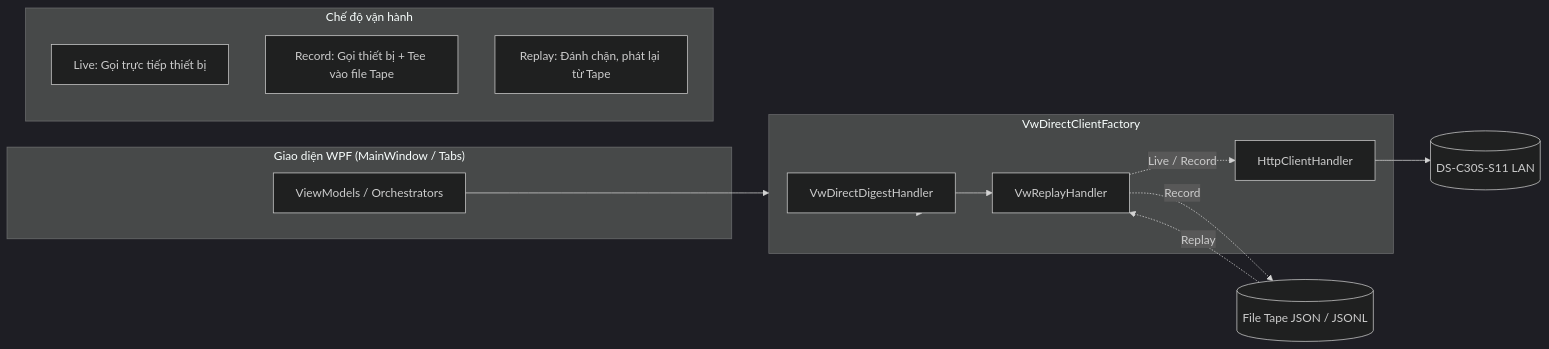
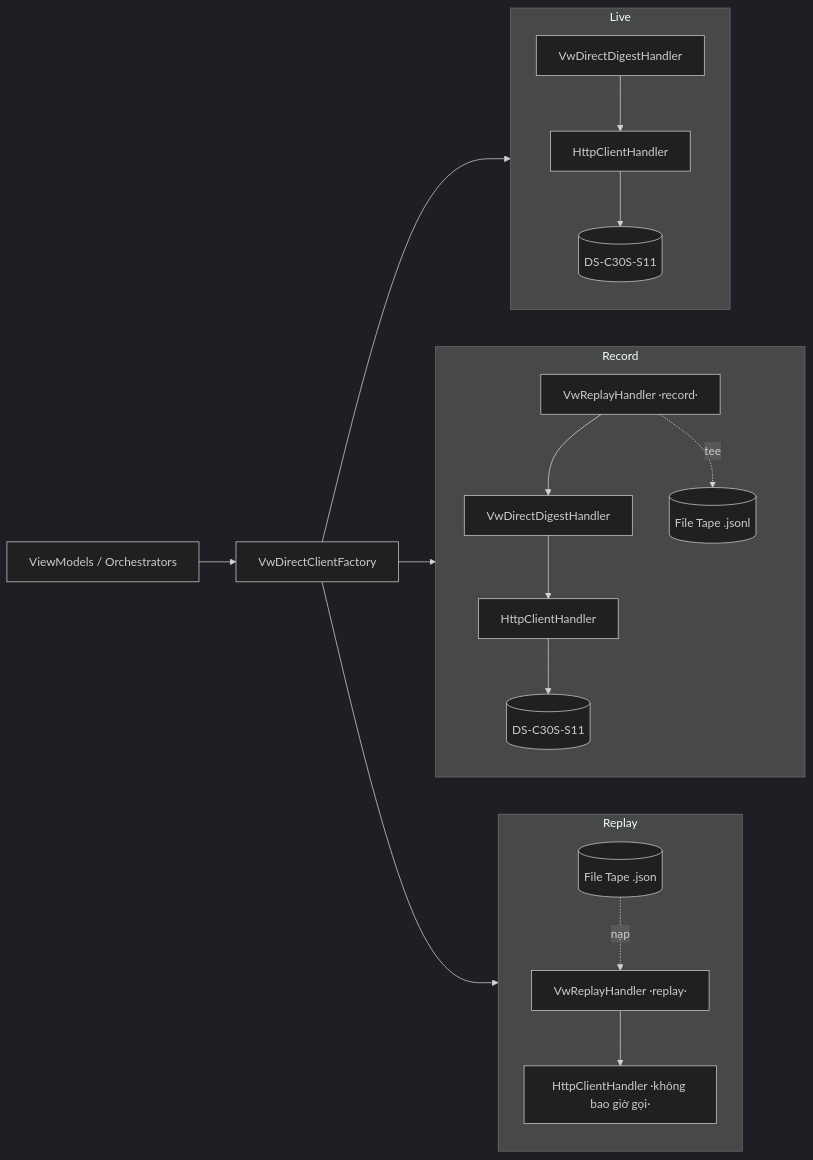
Before and after one commit to DatHoang29/ThienAn: the diagram in DocBusinessThienAn/HữuNghị-ChiLăng/VideoWall/videowall-record-replay.md, drawn with Mermaid (dark theme). The commit also changed other lines of this file and 7 other files, not shown here.

````diff
--- a/DocBusinessThienAn/HữuNghị-ChiLăng/VideoWall/videowall-record-replay.md
+++ b/DocBusinessThienAn/HữuNghị-ChiLăng/VideoWall/videowall-record-replay.md
@@ -13,25 +109,20 @@
 ```mermaid
 flowchart LR
-    subgraph UI ["Giao diện WPF (MainWindow / Tabs)"]
-        VM[ViewModels / Orchestrators]
+    VM[ViewModels / Orchestrators] --> Factory[VwDirectClientFactory]
+
+    subgraph Live
+        L1[VwDirectDigestHandler] --> L2[HttpClientHandler] --> DevL[(DS-C30S-S11)]
+    end
+    subgraph Record
+        R0[VwReplayHandler ·record·] --> R1[VwDirectDigestHandler] --> R2[HttpClientHandler] --> DevR[(DS-C30S-S11)]
+        R0 -.tee.-> TapeW[(File Tape .jsonl)]
+    end
+    subgraph Replay
+        P0[VwReplayHandler ·replay·] --> P2[HttpClientHandler ·không bao giờ gọi·]
+        TapeR[(File Tape .json)] -.nạp.-> P0
     end
 
-    subgraph Factory ["VwDirectClientFactory"]
-        Digest[VwDirectDigestHandler]
-        Replay[VwReplayHandler]
-        HttpHandler[HttpClientHandler]
-    end
-
-    subgraph Modes ["Chế độ vận hành"]
-        direction TB
-        Live[Live: Gọi trực tiếp thiết bị]
-        Rec[Record: Gọi thiết bị + Tee vào file Tape]
-        Rep[Replay: Đánh chặn, phát lại từ Tape]
-    end
-
-    VM --> Factory
-    Factory --> Digest --> Replay
-    Replay -.->|Live / Record| HttpHandler --> Device[(DS-C30S-S11 LAN)]
-    Replay -.->|Record| TapeFile[(File Tape JSON / JSONL)]
-    TapeFile -.->|Replay| Replay
+    Factory --> Live
+    Factory --> Record
+    Factory --> Replay
 ```
````
